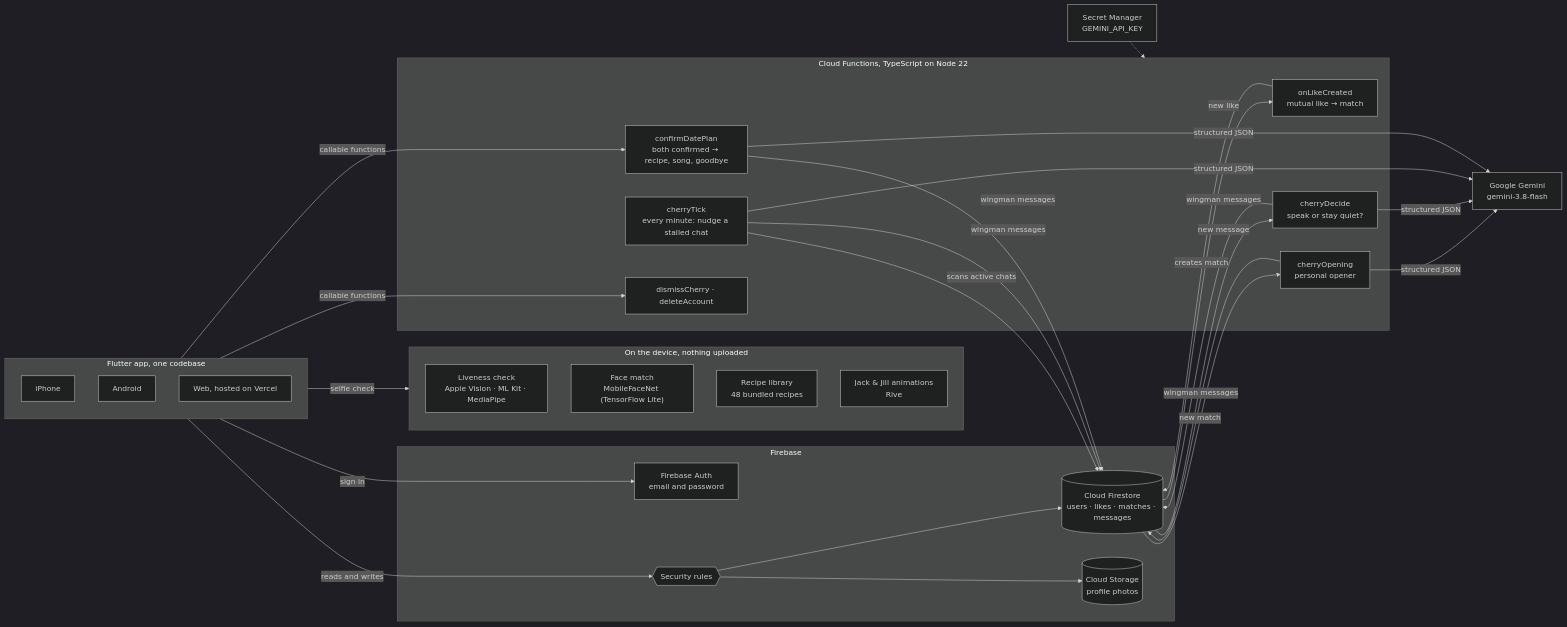
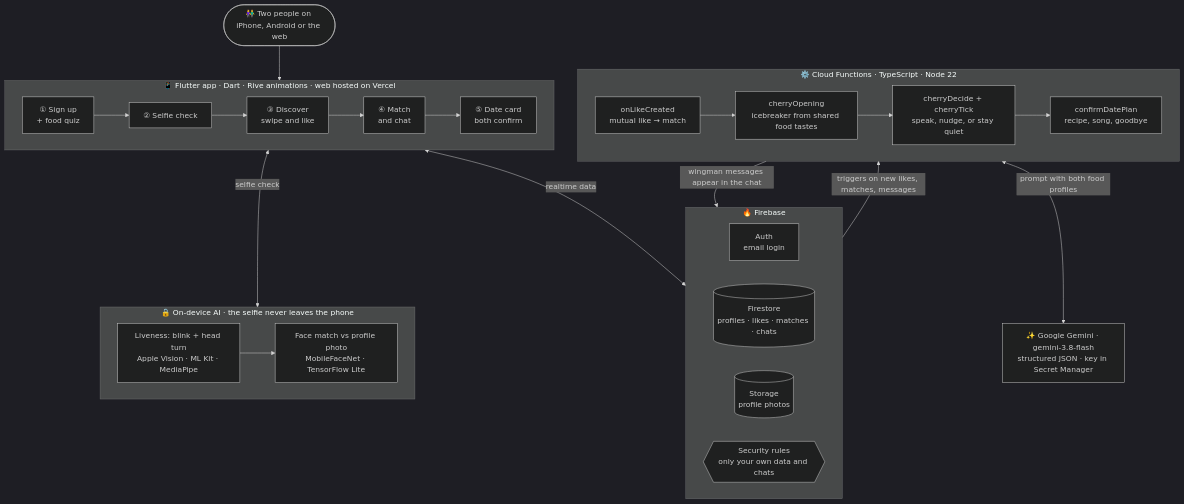
The diagram in README.md (nagusubra/build_with_ai_basics), drawn with Mermaid (dark theme) before and after one commit. The commit also changed other lines of this file, not shown here.

Commit message:
aded atrch flow in readme

````diff
--- a/README.md
+++ b/README.md
@@ -51,52 +51,36 @@
 ```mermaid
-flowchart LR
-  subgraph App["Flutter app, one codebase"]
-    iOS["iPhone"]
-    Android["Android"]
-    Web["Web, hosted on Vercel"]
+flowchart TB
+  People(["👫 Two people on iPhone, Android or the web"])
+
+  subgraph App["📱 Flutter app · Dart · Rive animations · web hosted on Vercel"]
+    direction LR
+    A1["① Sign up<br/>+ food quiz"] --> A2["② Selfie check"] --> A3["③ Discover<br/>swipe and like"] --> A4["④ Match<br/>and chat"] --> A5["⑤ Date card<br/>both confirm"]
   end
 
-  subgraph Device["On the device, nothing uploaded"]
-    Live["Liveness check<br/>Apple Vision · ML Kit · MediaPipe"]
-    Face["Face match<br/>MobileFaceNet (TensorFlow Lite)"]
-    Recipes["Recipe library<br/>48 bundled recipes"]
-    Rive["Jack & Jill animations<br/>Rive"]
+  subgraph Device["🔒 On-device AI · the selfie never leaves the phone"]
+    direction LR
+    D1["Liveness: blink + head turn<br/>Apple Vision · ML Kit · MediaPipe"] --> D2["Face match vs profile photo<br/>MobileFaceNet · TensorFlow Lite"]
   end
 
-  subgraph Firebase["Firebase"]
-    Auth["Firebase Auth<br/>email and password"]
-    Rules{{"Security rules"}}
-    Store[("Cloud Firestore<br/>users · likes · matches · messages")]
-    Storage[("Cloud Storage<br/>profile photos")]
+  subgraph Firebase["🔥 Firebase"]
+    direction LR
+    B1["Auth<br/>email login"]
+    B2[("Firestore<br/>profiles · likes · matches · chats")]
+    B3[("Storage<br/>profile photos")]
+    B4{{"Security rules<br/>only your own data and chats"}}
   end
 
-  subgraph Functions["Cloud Functions, TypeScript on Node 22"]
-    Like["onLikeCreated<br/>mutual like → match"]
-    Open["cherryOpening<br/>personal opener"]
-    Decide["cherryDecide<br/>speak or stay quiet?"]
-    Tick["cherryTick<br/>every minute: nudge a stalled chat"]
-    Confirm["confirmDatePlan<br/>both confirmed → recipe, song, goodbye"]
-    Callables["dismissCherry · deleteAccount"]
+  subgraph Functions["⚙️ Cloud Functions · TypeScript · Node 22"]
+    direction LR
+    F1["onLikeCreated<br/>mutual like → match"] --> F2["cherryOpening<br/>icebreaker from shared food tastes"] --> F3["cherryDecide + cherryTick<br/>speak, nudge, or stay quiet"] --> F4["confirmDatePlan<br/>recipe, song, goodbye"]
   end
 
-  Gemini["Google Gemini<br/>gemini-3.8-flash"]
-  Secret["Secret Manager<br/>GEMINI_API_KEY"]
+  AI["✨ Google Gemini · gemini-3.8-flash<br/>structured JSON · key in Secret Manager"]
 
-  App -->|"selfie check"| Device
-  App -->|"sign in"| Auth
-  App -->|"reads and writes"| Rules
-  Rules --> Store
-  Rules --> Storage
-  App -->|"callable functions"| Confirm
-  App -->|"callable functions"| Callables
-
-  Store -->|"new like"| Like
-  Like -->|"creates match"| Store
-  Store -->|"new match"| Open
-  Store -->|"new message"| Decide
-  Tick -->|"scans active chats"| Store
-  Open & Decide & Tick & Confirm -->|"wingman messages"| Store
-
-  Open & Decide & Tick & Confirm -->|"structured JSON"| Gemini
-  Secret -.-> Functions
+  People --> App
+  App <-->|"selfie check"| Device
+  App <-->|"realtime data"| Firebase
+  Firebase -->|"triggers on new likes, matches, messages"| Functions
+  Functions <-->|"prompt with both food profiles"| AI
+  Functions -->|"wingman messages appear in the chat"| Firebase
 ```
````
